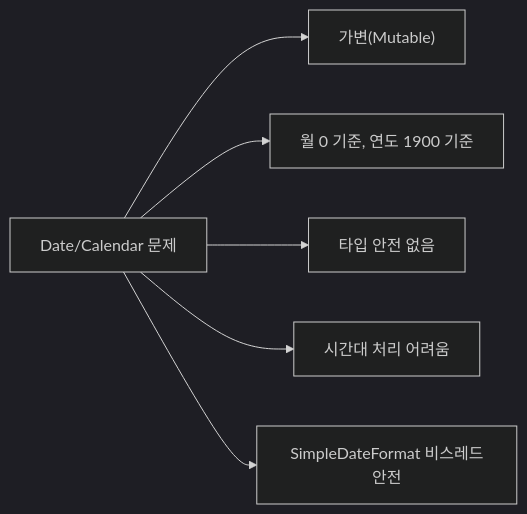
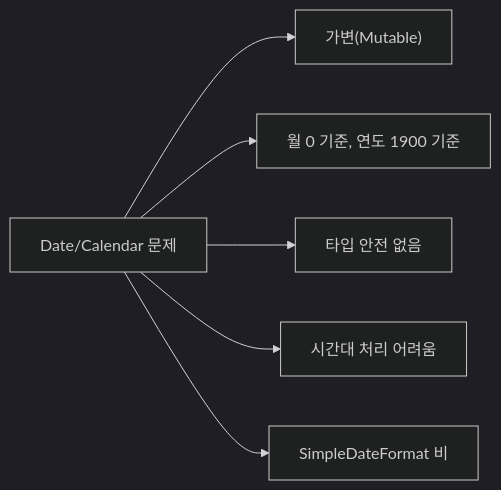
Before and after one commit to yjkim2015/yjkim2015.github.io: the first of 5 diagrams in _posts/java/2026-05-01-java-datetime.md, drawn with Mermaid (dark theme). The commit also changed other lines of this file and 245 other files, not shown here.

First line of the commit message:
Mermaid 다이어그램 전면 수정 + 면접 포인트 접기/펼치기 + DB 데드락 페이지

````diff
--- a/_posts/java/2026-05-01-java-datetime.md
+++ b/_posts/java/2026-05-01-java-datetime.md
@@ -57,8 +57,8 @@
 ```mermaid
 graph LR
     A["Date/Calendar 문제"] --> B["가변(Mutable)"]
     A --> C["월 0 기준, 연도 1900 기준"]
     A --> D["타입 안전 없음"]
     A --> E["시간대 처리 어려움"]
-    A --> F["SimpleDateFormat 비스레드안전"]
+    A --> F["SimpleDateFormat 비"]
 ```
````
